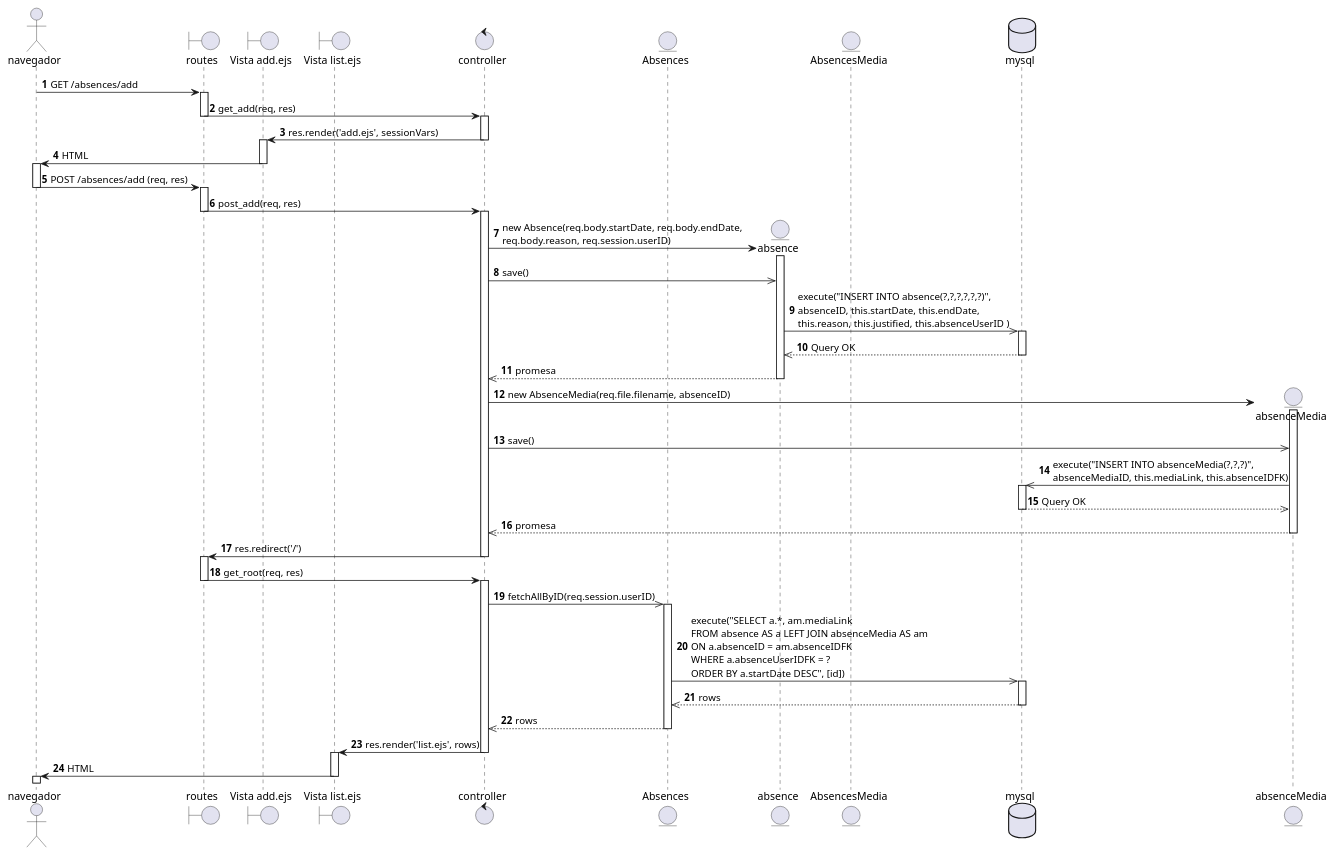
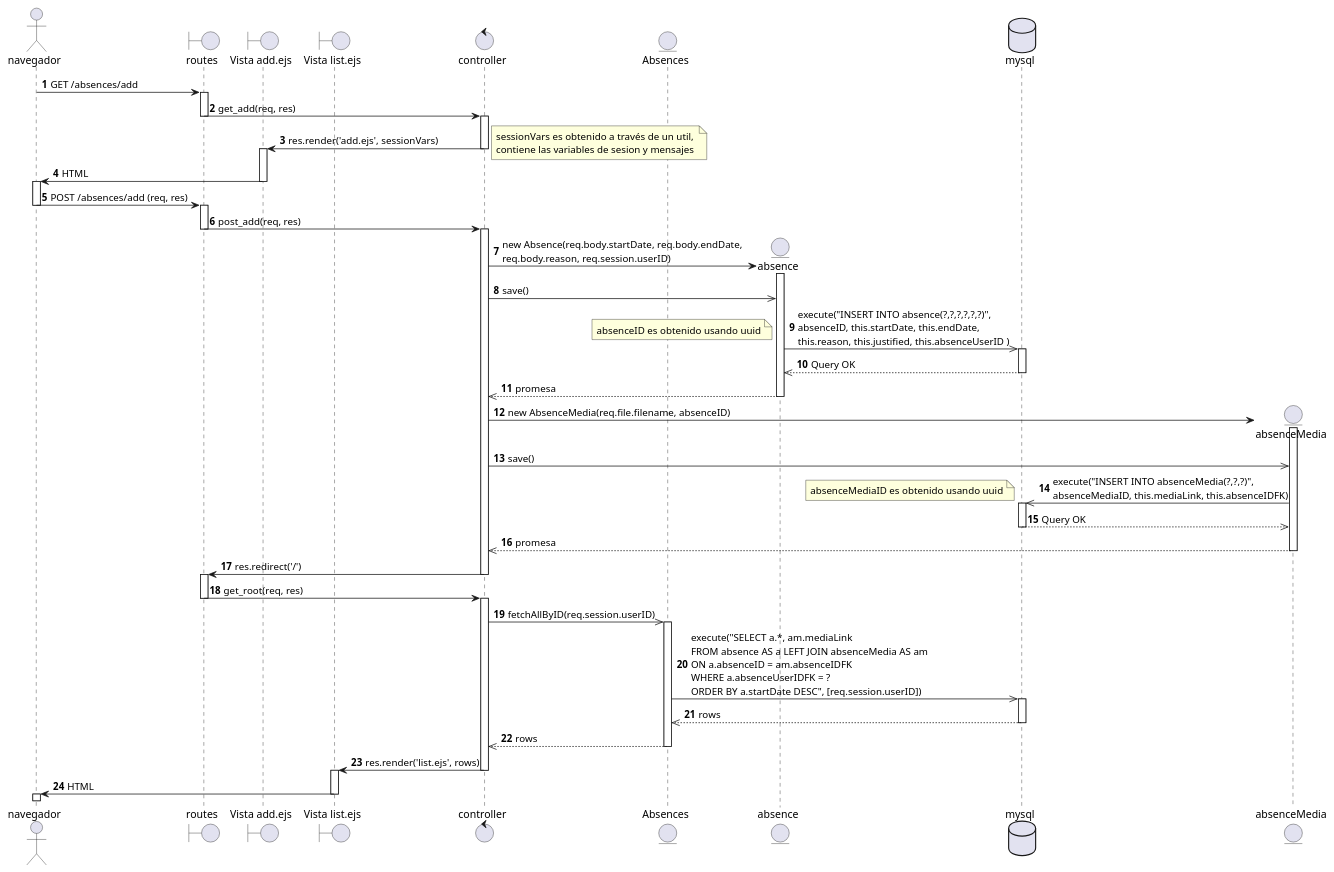
One commit to EdCanCe/WorkCells changed the diagram in diagrams/Casos de Uso/yael req fun/Diagramas de Secuencia/registrarAusencia.puml. Above: the diagram before and after it, drawn with PlantUML. The commit also changed 1 other file, not shown here.

Commit message:
Update: diagramas de secuencia actualizados en registrar ausencias y consultar sesiones one on one

```diff
--- a/diagrams/Casos de Uso/yael req fun/Diagramas de Secuencia/registrarAusencia.puml
+++ b/diagrams/Casos de Uso/yael req fun/Diagramas de Secuencia/registrarAusencia.puml
@@ -1,79 +1,83 @@
 @startuml
 
 actor navegador
 boundary routes
 boundary "Vista add.ejs" as add
 boundary "Vista list.ejs" as list
 control controller
 
 autonumber
 navegador -> routes: GET /absences/add
 activate routes
 routes -> controller: get_add(req, res)
 deactivate routes
 activate controller
 controller -> add: res.render('add.ejs', sessionVars)
+note right: sessionVars es obtenido a través de un util, \ncontiene las variables de sesion y mensajes 
 deactivate controller
 activate add
 add -> navegador: HTML
 deactivate add
 activate navegador
 
 navegador -> routes: POST /absences/add (req, res)
 deactivate navegador
 activate routes
 routes -> controller: post_add(req, res)
 deactivate routes
 activate controller
 
 entity Absences
 
 create entity absence
 controller -> absence: new Absence(req.body.startDate, req.body.endDate, \nreq.body.reason, req.session.userID)
 activate absence
 controller ->> absence: save()
-
-entity AbsencesMedia
 database mysql
 
 absence ->> mysql: execute("INSERT INTO absence(?,?,?,?,?,?)",\nabsenceID, this.startDate, this.endDate, \nthis.reason, this.justified, this.absenceUserID )
+note left: absenceID es obtenido usando uuid 
+
 activate mysql
 mysql -->> absence: Query OK
 deactivate mysql
 absence -->> controller: promesa
 deactivate absence
 
 create entity absenceMedia
 controller -> absenceMedia: new AbsenceMedia(req.file.filename, absenceID)
 activate absenceMedia
 controller ->> absenceMedia : save()
+
 absenceMedia ->> mysql: execute("INSERT INTO absenceMedia(?,?,?)", \nabsenceMediaID, this.mediaLink, this.absenceIDFK)
+note left: absenceMediaID es obtenido usando uuid 
 activate mysql
 mysql -->> absenceMedia: Query OK
 deactivate mysql
 absenceMedia -->> controller: promesa
 deactivate absenceMedia
 
 controller -> routes: res.redirect('/')
 deactivate controller
 
 activate routes
 routes -> controller: get_root(req, res) 
 deactivate routes
 activate controller
 controller ->> Absences: fetchAllByID(req.session.userID)
 activate Absences
-Absences ->> mysql: execute("SELECT a.*, am.mediaLink \nFROM absence AS a LEFT JOIN absenceMedia AS am \nON a.absenceID = am.absenceIDFK \nWHERE a.absenceUserIDFK = ? \nORDER BY a.startDate DESC", [id])
+Absences ->> mysql: execute("SELECT a.*, am.mediaLink \nFROM absence AS a LEFT JOIN absenceMedia AS am \nON a.absenceID = am.absenceIDFK \nWHERE a.absenceUserIDFK = ? \nORDER BY a.startDate DESC", [req.session.userID])
 activate mysql
 mysql -->> Absences: rows
 deactivate mysql
 Absences -->> controller: rows
 deactivate Absences
 
 controller -> list: res.render('list.ejs', rows)
 deactivate controller
 activate list
 list -> navegador: HTML
 deactivate list
 activate navegador
+
 @enduml
```
